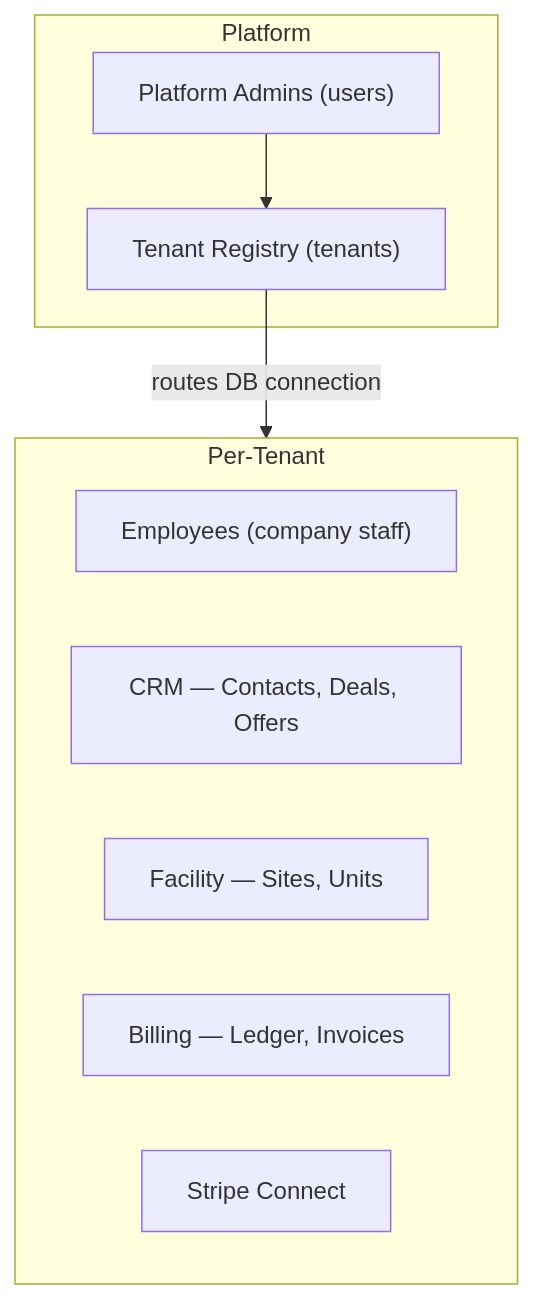
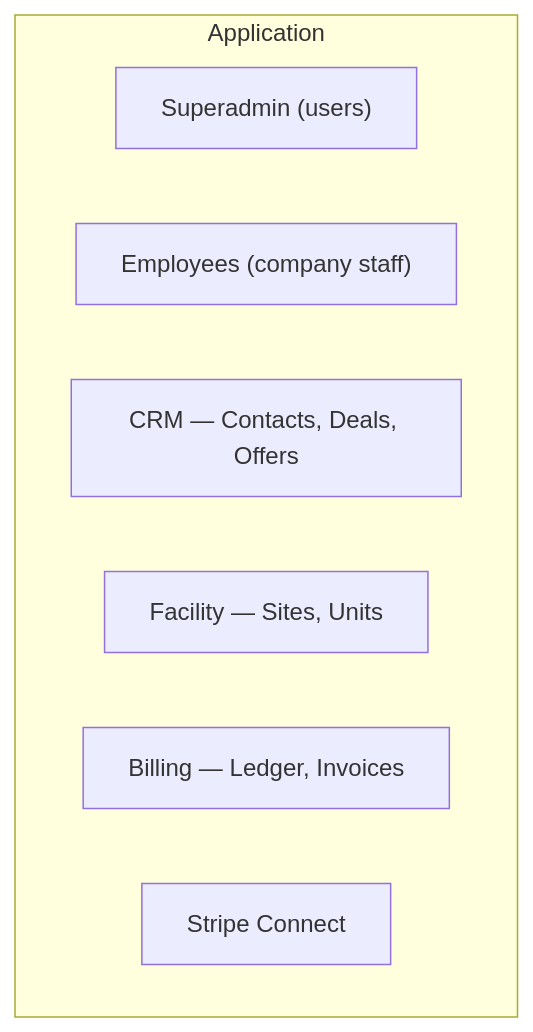
One commit to MohammadShabaniSBU/unit-hq-api changed the diagram in docs/product.md. Above: the diagram before and after it, drawn with Mermaid. The commit also changed other lines of this file and 102 other files, not shown here.

````diff
--- a/docs/product.md
+++ b/docs/product.md
@@ -17,18 +17,11 @@
 ```mermaid
 flowchart TD
-    subgraph platform [Platform]
-        PA["Platform Admins (users)"]
-        TR["Tenant Registry (tenants)"]
-    end
-
-    subgraph tenant [Per-Tenant]
+    subgraph app [Application]
+        SA["Superadmin (users)"]
         EMP["Employees (company staff)"]
         CRM["CRM — Contacts, Deals, Offers"]
         FAC["Facility — Sites, Units"]
         BIL["Billing — Ledger, Invoices"]
         STR["Stripe Connect"]
     end
-
-    PA --> TR
-    TR -->|"routes DB connection"| tenant
 ```
````
